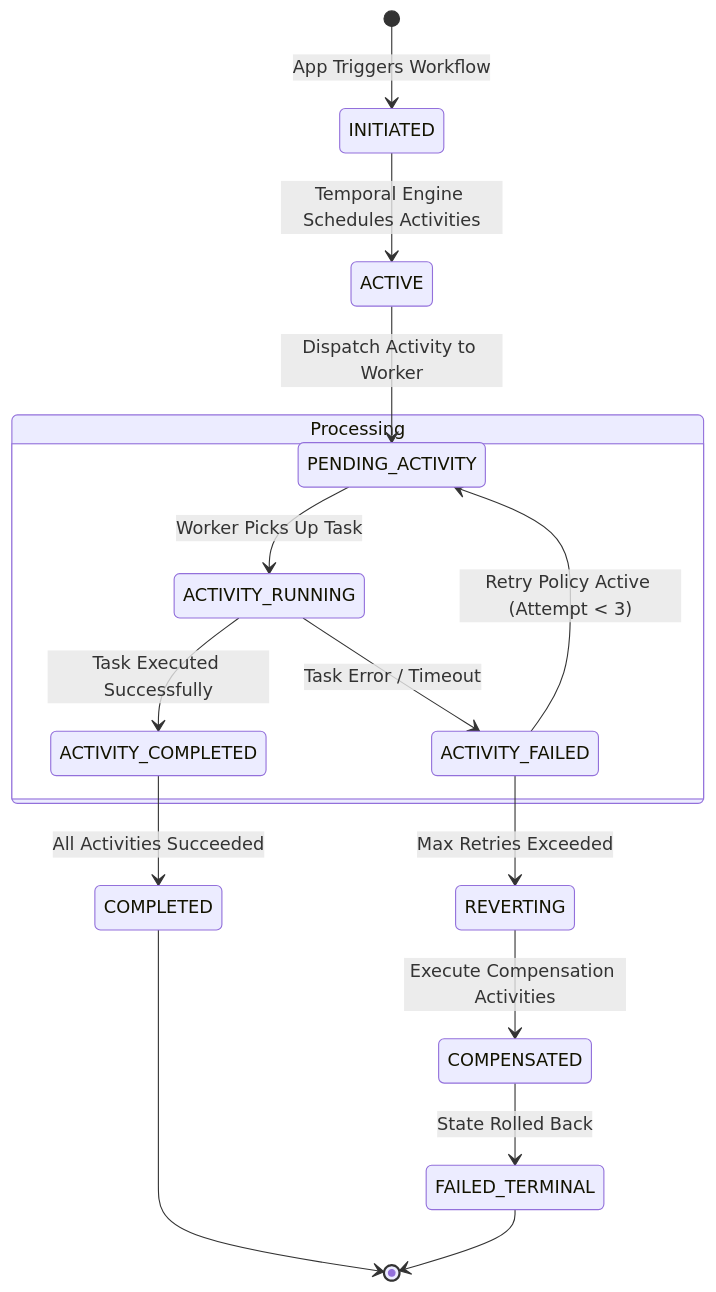
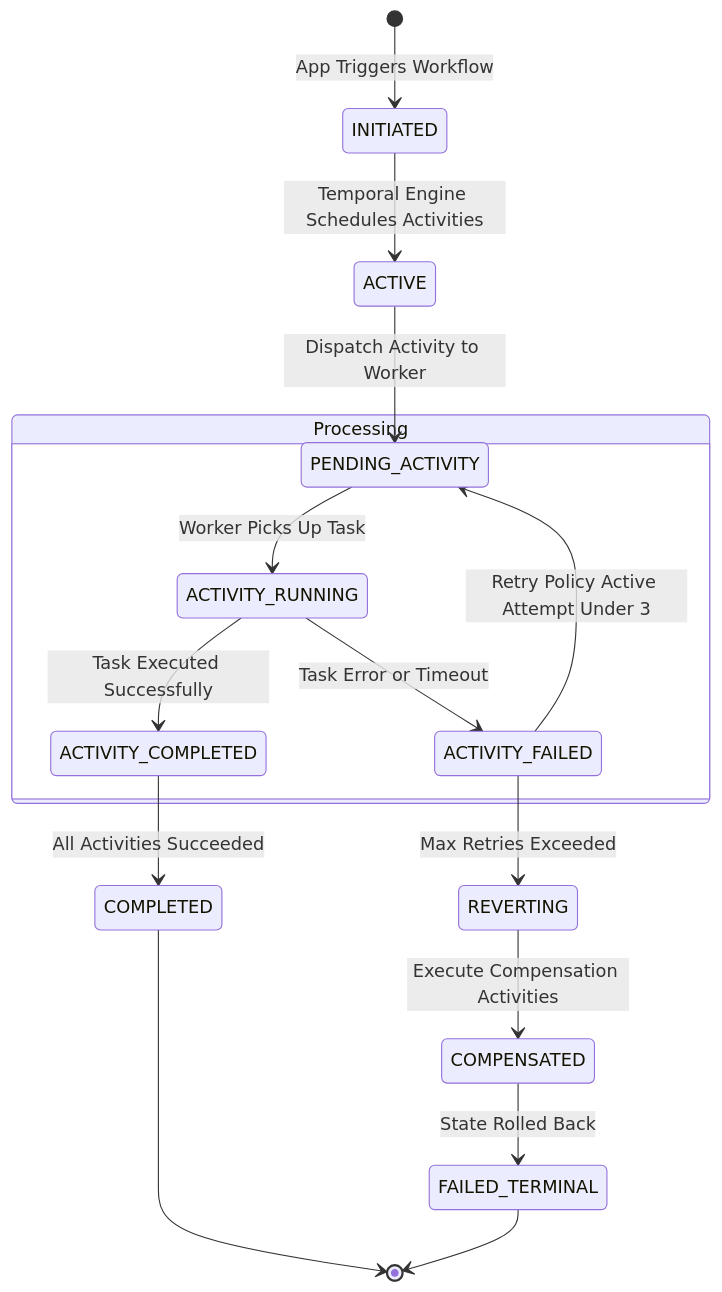
One commit to Chief-Strategist-J/llm-observability-platform changed the eighth of 9 diagrams in packages/configs/llm-obs-infra/docs/architectureDoc/low-level-design.md. Above: the diagram before and after it, drawn with Mermaid. The commit also changed other lines of this file and 1 other file, not shown here.

Commit message:
fix(docs): resolve Mermaid syntax parse errors in HLD dotted arrows and LLD stateDiagram labels

````diff
--- a/packages/configs/llm-obs-infra/docs/architectureDoc/low-level-design.md
+++ b/packages/configs/llm-obs-infra/docs/architectureDoc/low-level-design.md
@@ -597,23 +597,23 @@
 ```mermaid
 stateDiagram-v2
     [*] --> INITIATED : App Triggers Workflow
 
     INITIATED --> ACTIVE : Temporal Engine Schedules Activities
     ACTIVE --> PENDING_ACTIVITY : Dispatch Activity to Worker
 
     state Processing {
         PENDING_ACTIVITY --> ACTIVITY_RUNNING : Worker Picks Up Task
         ACTIVITY_RUNNING --> ACTIVITY_COMPLETED : Task Executed Successfully
-        ACTIVITY_RUNNING --> ACTIVITY_FAILED : Task Error / Timeout
+        ACTIVITY_RUNNING --> ACTIVITY_FAILED : Task Error or Timeout
     }
 
-    ACTIVITY_FAILED --> PENDING_ACTIVITY : Retry Policy Active (Attempt < 3)
+    ACTIVITY_FAILED --> PENDING_ACTIVITY : Retry Policy Active Attempt Under 3
     ACTIVITY_FAILED --> REVERTING : Max Retries Exceeded
 
     REVERTING --> COMPENSATED : Execute Compensation Activities
     COMPENSATED --> FAILED_TERMINAL : State Rolled Back
 
     ACTIVITY_COMPLETED --> COMPLETED : All Activities Succeeded
     COMPLETED --> [*]
     FAILED_TERMINAL --> [*]
 ```
````
